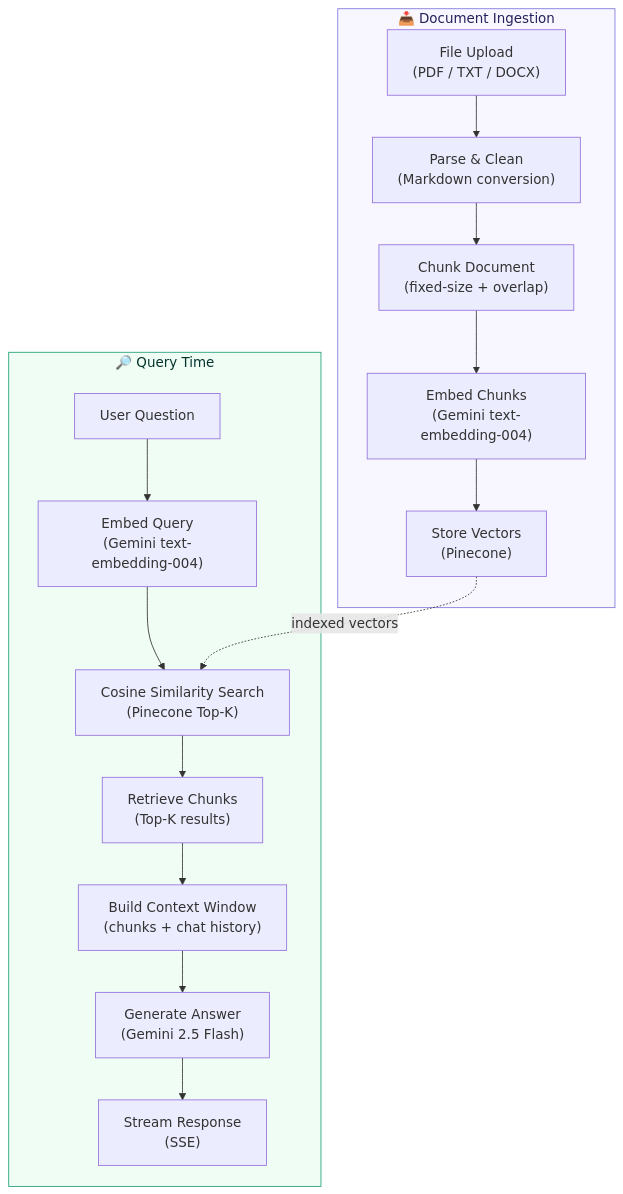
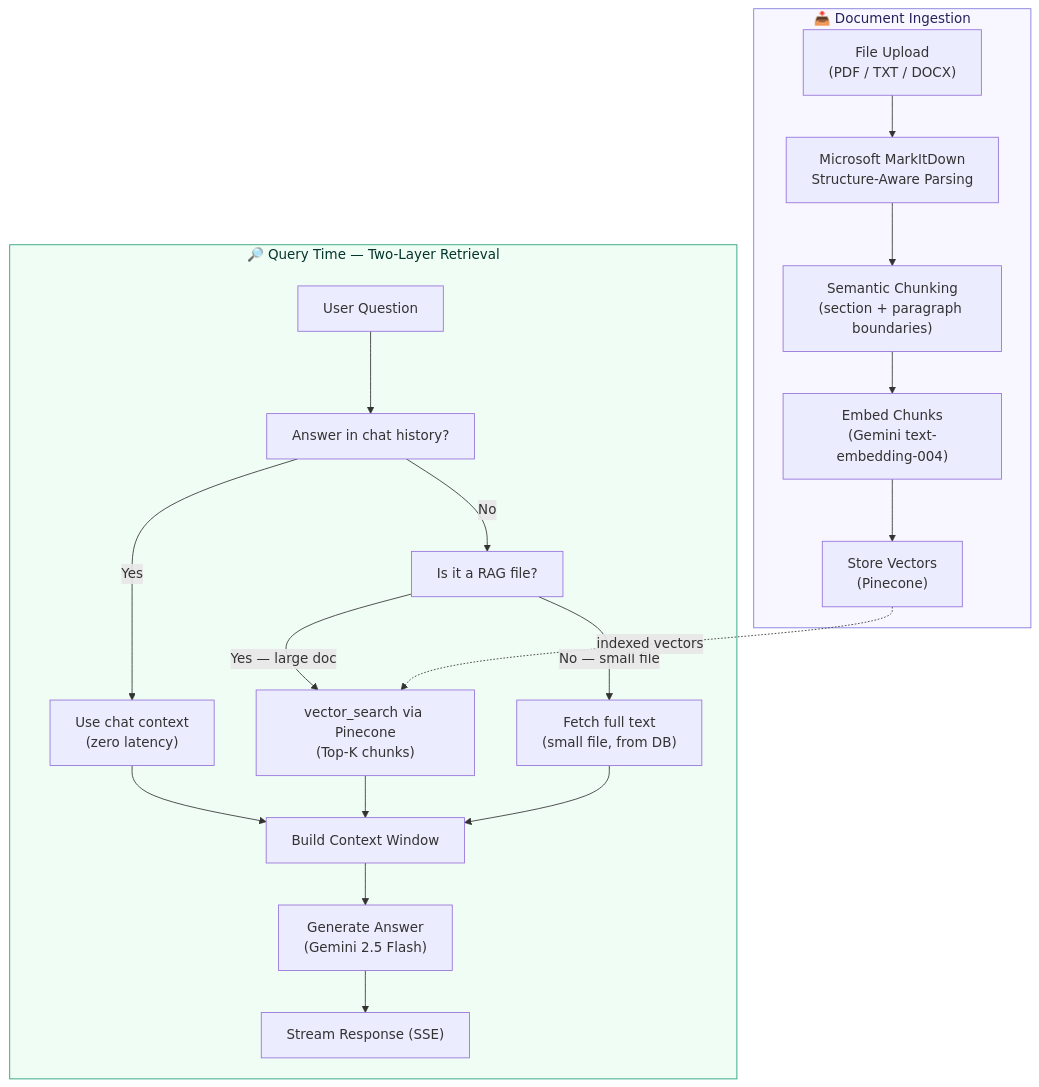
One commit to Shivanshxsharma/ALFRED changed the second of 3 diagrams in README.md. Above: the diagram before and after it, drawn with Mermaid. The commit also changed other lines of this file, not shown here.

Commit message:
added memory layer

````diff
--- a/README.md
+++ b/README.md
@@ -115,29 +143,39 @@
 ```mermaid
 flowchart TD
     subgraph Ingest ["📥 Document Ingestion"]
         UPLOAD["File Upload<br/>(PDF / TXT / DOCX)"]
-        PARSE["Parse & Clean<br/>(Markdown conversion)"]
-        CHUNK["Chunk Document<br/>(fixed-size + overlap)"]
+        MARKITDOWN["Microsoft MarkItDown<br/>Structure-Aware Parsing"]
+        CHUNK["Semantic Chunking<br/>(section + paragraph boundaries)"]
         EMBED_IN["Embed Chunks<br/>(Gemini text-embedding-004)"]
         STORE["Store Vectors<br/>(Pinecone)"]
 
-        UPLOAD --> PARSE --> CHUNK --> EMBED_IN --> STORE
+        UPLOAD --> MARKITDOWN --> CHUNK --> EMBED_IN --> STORE
     end
 
-    subgraph Query ["🔎 Query Time"]
+    subgraph Query ["🔎 Query Time — Two-Layer Retrieval"]
         Q["User Question"]
-        EMBED_Q["Embed Query<br/>(Gemini text-embedding-004)"]
-        SEARCH_P["Cosine Similarity Search<br/>(Pinecone Top-K)"]
-        RERANK["Retrieve Chunks<br/>(Top-K results)"]
-        CONTEXT["Build Context Window<br/>(chunks + chat history)"]
+        CHECK["Answer in chat history?"]
+        DIRECT["Use chat context<br/>(zero latency)"]
+        RAGCHECK["Is it a RAG file?"]
+        VECTOR["vector_search via Pinecone<br/>(Top-K chunks)"]
+        FULLTEXT["Fetch full text<br/>(small file, from DB)"]
+        CONTEXT["Build Context Window"]
         LLM["Generate Answer<br/>(Gemini 2.5 Flash)"]
-        STREAM["Stream Response<br/>(SSE)"]
+        STREAM["Stream Response (SSE)"]
 
-        Q --> EMBED_Q --> SEARCH_P --> RERANK --> CONTEXT --> LLM --> STREAM
+        Q --> CHECK
+        CHECK -->|"Yes"| DIRECT
+        CHECK -->|"No"| RAGCHECK
+        RAGCHECK -->|"Yes — large doc"| VECTOR
+        RAGCHECK -->|"No — small file"| FULLTEXT
+        DIRECT --> CONTEXT
+        VECTOR --> CONTEXT
+        FULLTEXT --> CONTEXT
+        CONTEXT --> LLM --> STREAM
     end
 
-    STORE -.->|"indexed vectors"| SEARCH_P
+    STORE -.->|"indexed vectors"| VECTOR
 
     style Ingest fill:#f8f7ff,stroke:#7F77DD,color:#26215C
     style Query fill:#f0fdf4,stroke:#1D9E75,color:#04342C
 ```
````
